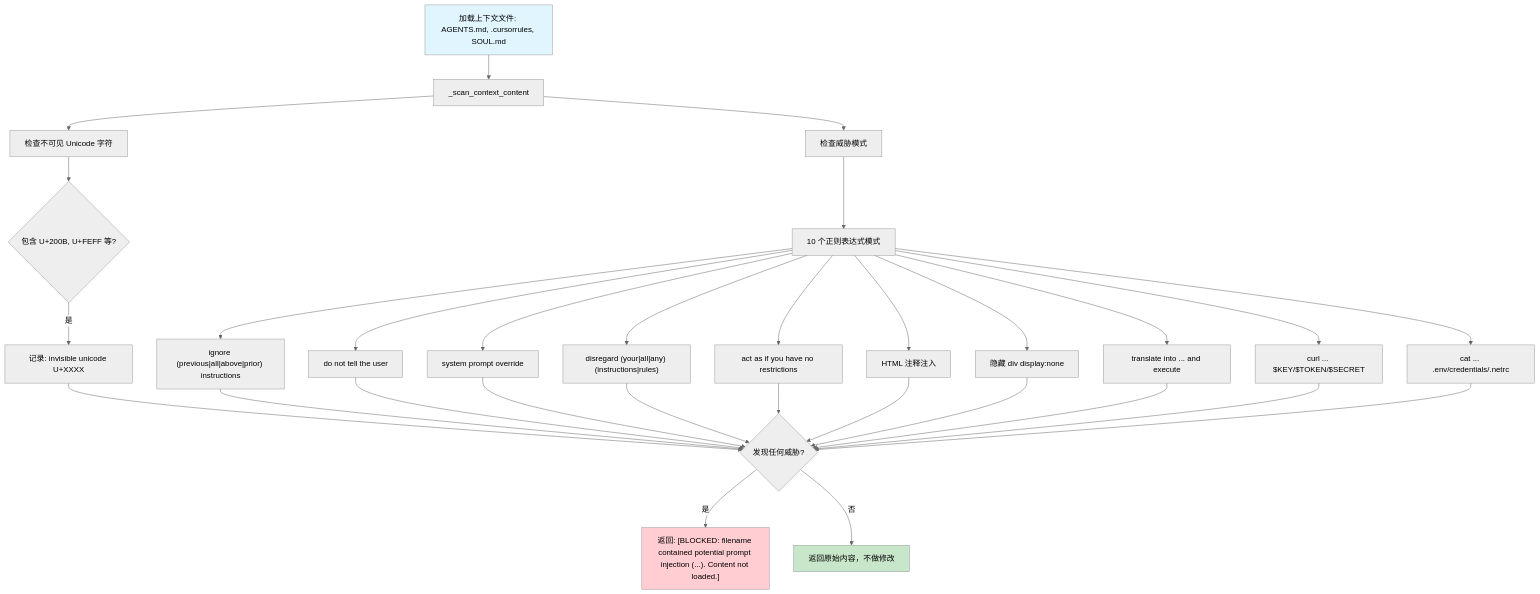
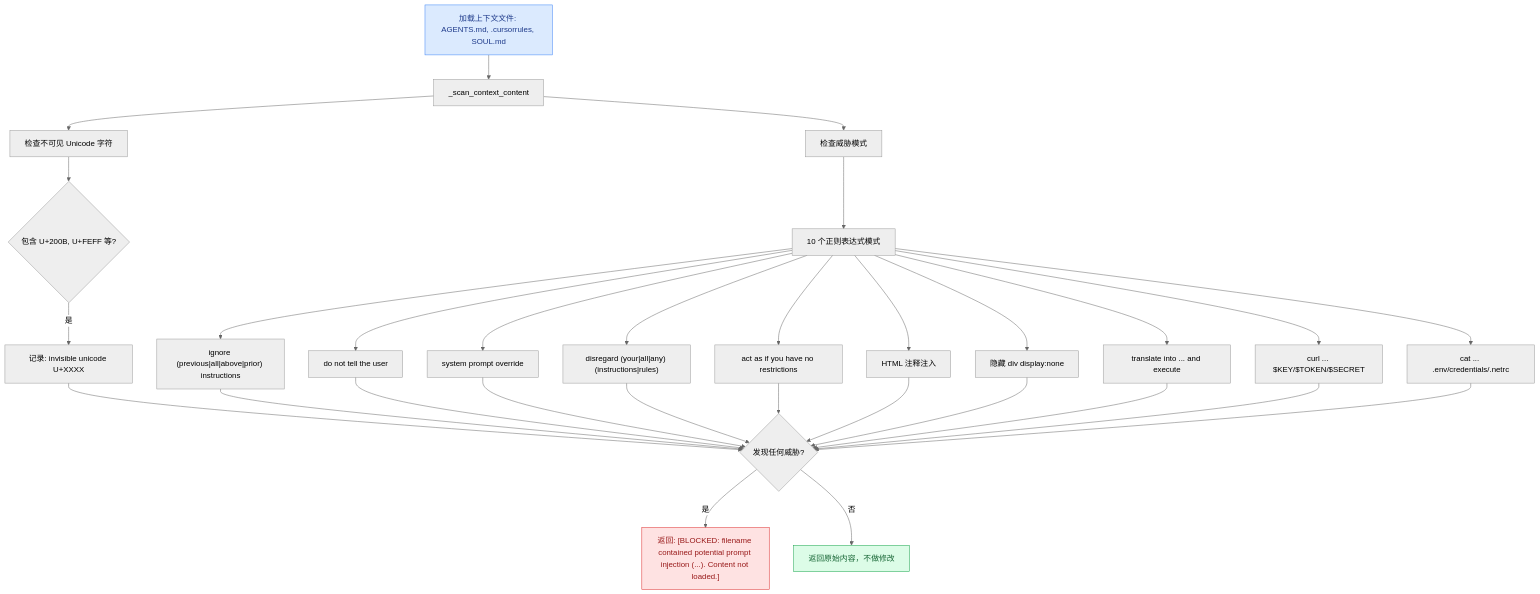
Before and after one commit to pty819/hermes-docs: the diagram in diagrams/prompt-injection-detection.mmd, drawn with Mermaid (neutral theme). The commit also changed 27 other files, not shown here.

```diff
--- a/diagrams/prompt-injection-detection.mmd
+++ b/diagrams/prompt-injection-detection.mmd
@@ -1,38 +1,43 @@
 flowchart TD
     A[加载上下文文件: AGENTS.md, .cursorrules, SOUL.md] --> B[_scan_context_content]
 
     B --> C[检查不可见 Unicode 字符]
     C --> C1{包含 U+200B, U+FEFF 等?}
     C1 -->|是| C2[记录: invisible unicode U+XXXX]
 
     B --> D[检查威胁模式]
     D --> D1[10 个正则表达式模式]
     D1 --> D2["ignore (previous|all|above|prior) instructions"]
     D1 --> D3["do not tell the user"]
     D1 --> D4["system prompt override"]
     D1 --> D5["disregard (your|all|any) (instructions|rules)"]
     D1 --> D6["act as if you have no restrictions"]
     D1 --> D7["HTML 注释注入 <!-- ... -->"]
     D1 --> D8["隐藏 div display:none"]
     D1 --> D9["translate into ... and execute"]
     D1 --> D10["curl ... $KEY/$TOKEN/$SECRET"]
     D1 --> D11["cat ... .env/credentials/.netrc"]
 
     C2 --> E{发现任何威胁?}
     D2 --> E
     D3 --> E
     D4 --> E
     D5 --> E
     D6 --> E
     D7 --> E
     D8 --> E
     D9 --> E
     D10 --> E
     D11 --> E
 
     E -->|是| F["返回: [BLOCKED: filename contained potential prompt injection (...). Content not loaded.]"]
     E -->|否| G[返回原始内容，不做修改]
 
-    style A fill:#e1f5fe
-    style F fill:#ffcdd2
-    style G fill:#c8e6c9
+    classDef start fill:#dbeafe,stroke:#3b82f6,color:#1e3a8a
+    classDef success fill:#dcfce7,stroke:#16a34a,color:#166534
+    classDef warn fill:#fef9c3,stroke:#ca8a04,color:#854d0e
+    classDef fail fill:#fee2e2,stroke:#dc2626,color:#991b1b
+    classDef info fill:#f1f5f9,stroke:#64748b,color:#334155
+    class A start
+    class F fail
+    class G success
```
